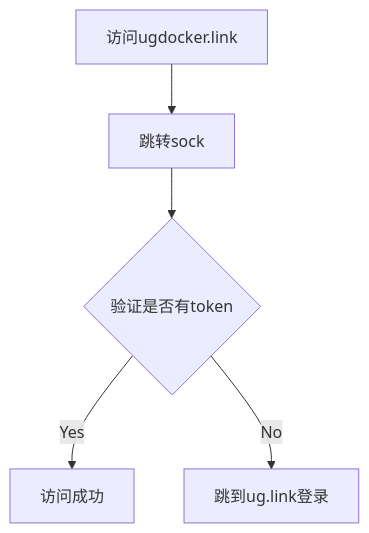
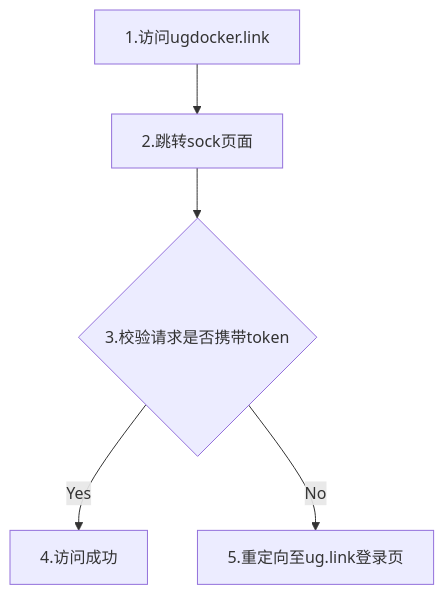
One commit to 9jianxian/ug.link-nosigin-access-docker.app changed the first of 2 diagrams in README.md. Above: the diagram before and after it, drawn with Mermaid.

````diff
--- a/README.md
+++ b/README.md
@@ -98,7 +98,7 @@
 ```mermaid
 graph TD
-    A[访问ugdocker.link] --> B[跳转sock]
-    B --> C{验证是否有token}
-    C -- Yes --> D[访问成功]
-    C -- No --> E[跳到ug.link登录]
+    A[1.访问ugdocker.link] --> B[2.跳转sock页面]
+    B --> C{3.校验请求是否携带token}
+    C -- Yes --> D[4.访问成功]
+    C -- No --> E[5.重定向至ug.link登录页]
 ```
````
